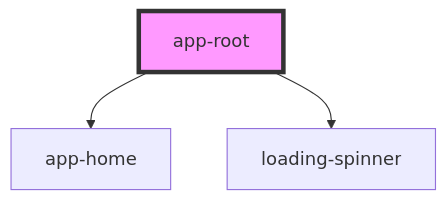
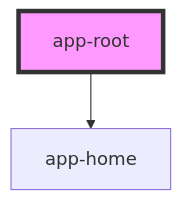
The diagram in ui/stencil/src/components/app/app-root/readme.md (arkologystudio/holochain-stencil-template), drawn with Mermaid before and after one commit. The commit also changed other lines of this file and 11 other files, not shown here.

````diff
--- a/ui/stencil/src/components/app/app-root/readme.md
+++ b/ui/stencil/src/components/app/app-root/readme.md
@@ -16,6 +15,5 @@
 ```mermaid
 graph TD;
   app-root --> app-home
-  app-root --> loading-spinner
   style app-root fill:#f9f,stroke:#333,stroke-width:4px
 ```
````
